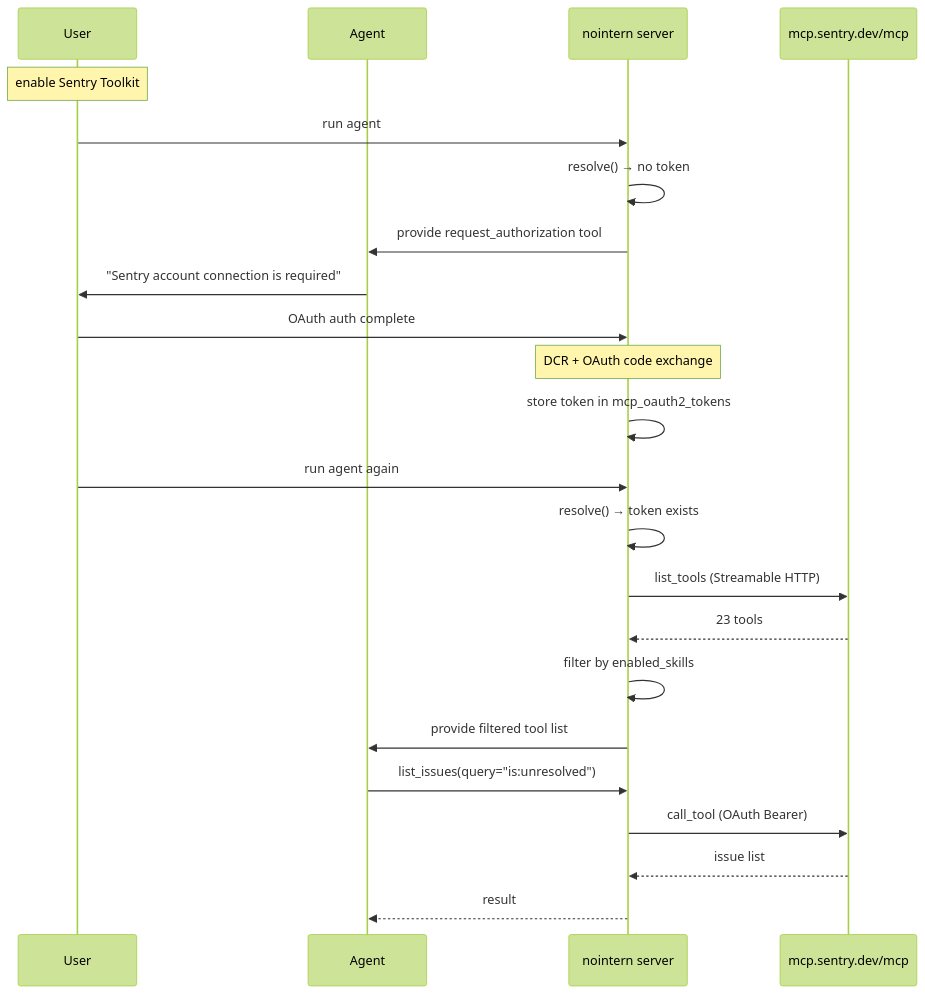
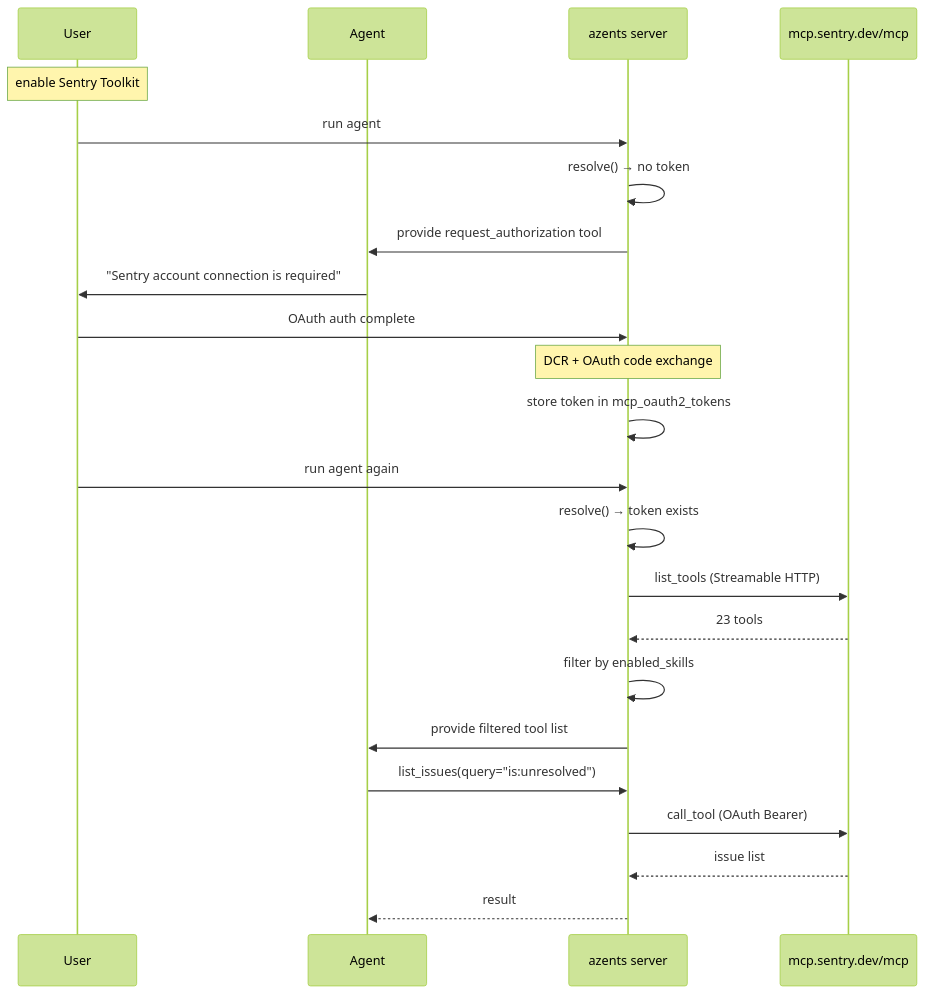
Before and after one commit to azents/azents: the diagram in docs/azents/adr/toolkit-260327-sentry-toolkit.md, drawn with Mermaid (forest theme). The commit also changed 245 other files, not shown here.

````diff
--- a/docs/azents/adr/toolkit-260327-sentry-toolkit.md
+++ b/docs/azents/adr/toolkit-260327-sentry-toolkit.md
@@ -27,27 +27,27 @@
 ```mermaid
 sequenceDiagram
     participant User as User
     participant Agent as Agent
-    participant NI as nointern server
+    participant NI as azents server
     participant Sentry as mcp.sentry.dev/mcp
 
     Note over User: enable Sentry Toolkit
     User->>NI: run agent
     NI->>NI: resolve() → no token
     NI->>Agent: provide request_authorization tool
     Agent->>User: "Sentry account connection is required"
     User->>NI: OAuth auth complete
     Note over NI: DCR + OAuth code exchange
     NI->>NI: store token in mcp_oauth2_tokens
 
     User->>NI: run agent again
     NI->>NI: resolve() → token exists
     NI->>Sentry: list_tools (Streamable HTTP)
     Sentry-->>NI: 23 tools
     NI->>NI: filter by enabled_skills
     NI->>Agent: provide filtered tool list
     Agent->>NI: list_issues(query="is:unresolved")
     NI->>Sentry: call_tool (OAuth Bearer)
     Sentry-->>NI: issue list
     NI-->>Agent: result
 ```
````
